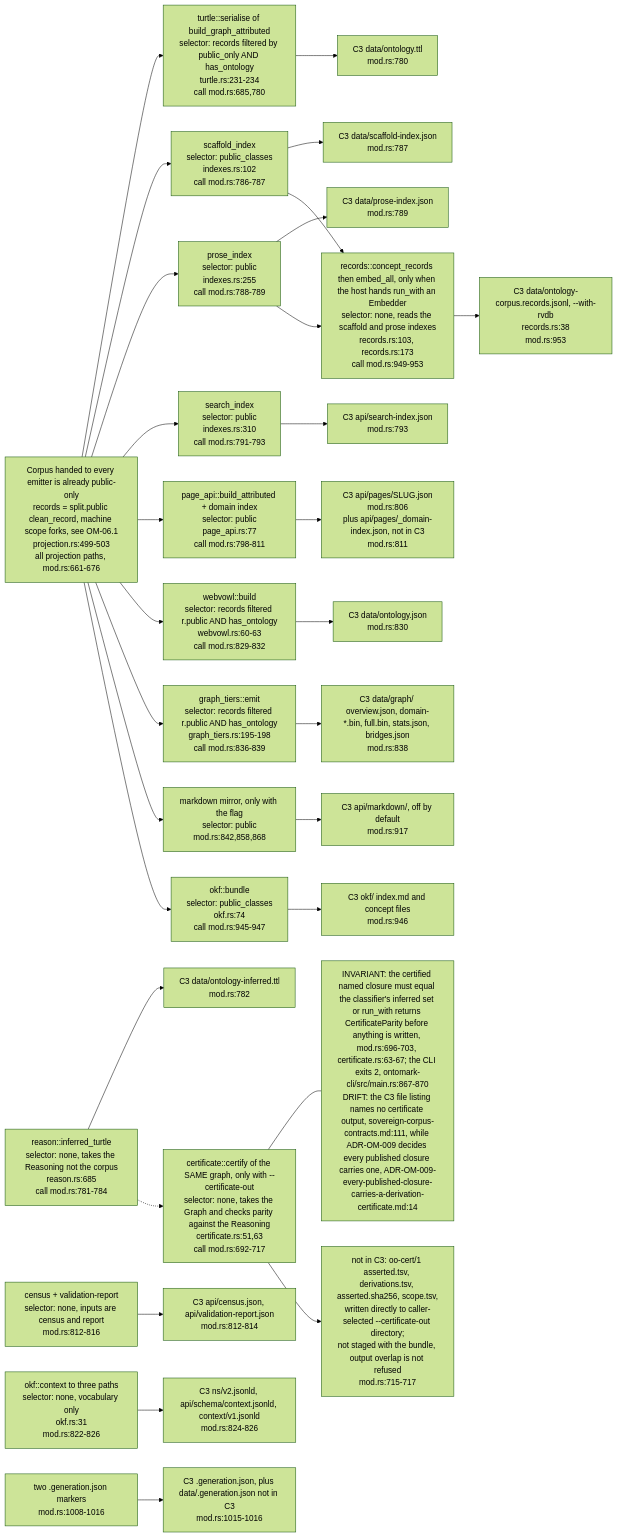
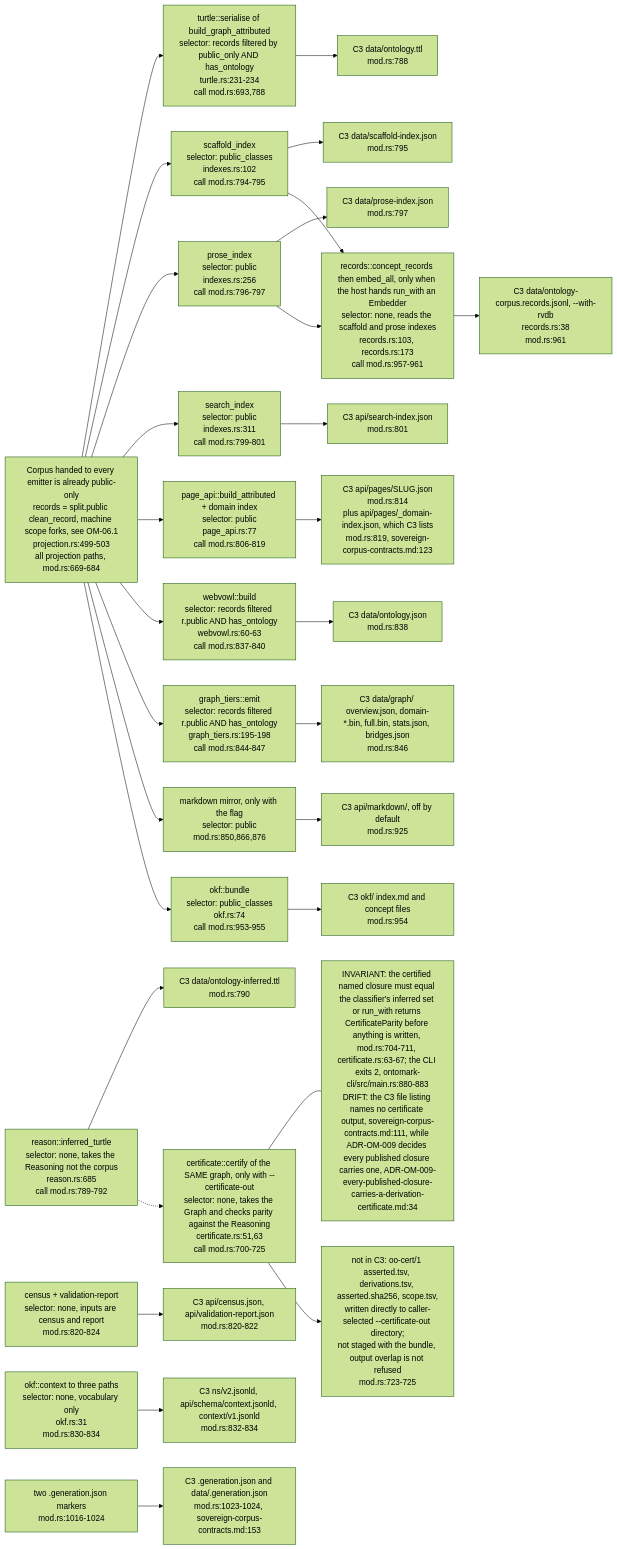
Before and after one commit to DreamLab-AI/VisionFlow: the first of 7 diagrams in docs/diagrams/ontomark/04-emitters-turtle-indexes-tiers-and-contract-c3.md, drawn with Mermaid (forest theme). The commit also changed other lines of this file and 91 other files, not shown here.

````diff
--- a/docs/diagrams/ontomark/04-emitters-turtle-indexes-tiers-and-contract-c3.md
+++ b/docs/diagrams/ontomark/04-emitters-turtle-indexes-tiers-and-contract-c3.md
@@ -34,40 +34,40 @@
 ```mermaid
 flowchart LR
-    PROJ["Corpus handed to every emitter is already public-only<br/>records = split.public clean_record, machine scope forks, see OM-06.1<br/>projection.rs:499-503<br/>all projection paths, mod.rs:661-676"]
-    TTL["turtle::serialise of build_graph_attributed<br/>selector: records filtered by public_only AND has_ontology<br/>turtle.rs:231-234<br/>call mod.rs:685,780"]
-    INF["reason::inferred_turtle<br/>selector: none, takes the Reasoning not the corpus<br/>reason.rs:685<br/>call mod.rs:781-784"]
-    SCA["scaffold_index<br/>selector: public_classes<br/>indexes.rs:102<br/>call mod.rs:786-787"]
-    PRO["prose_index<br/>selector: public<br/>indexes.rs:255<br/>call mod.rs:788-789"]
-    SRCH["search_index<br/>selector: public<br/>indexes.rs:310<br/>call mod.rs:791-793"]
-    PG["page_api::build_attributed + domain index<br/>selector: public<br/>page_api.rs:77<br/>call mod.rs:798-811"]
-    CEN["census + validation-report<br/>selector: none, inputs are census and report<br/>mod.rs:812-816"]
-    CTX["okf::context to three paths<br/>selector: none, vocabulary only<br/>okf.rs:31<br/>mod.rs:822-826"]
-    VOWL["webvowl::build<br/>selector: records filtered r.public AND has_ontology<br/>webvowl.rs:60-63<br/>call mod.rs:829-832"]
-    TIER["graph_tiers::emit<br/>selector: records filtered r.public AND has_ontology<br/>graph_tiers.rs:195-198<br/>call mod.rs:836-839"]
-    MIR["markdown mirror, only with the flag<br/>selector: public<br/>mod.rs:842,858,868"]
-    OKF["okf::bundle<br/>selector: public_classes<br/>okf.rs:74<br/>call mod.rs:945-947"]
-    GEN["two .generation.json markers<br/>mod.rs:1008-1016"]
-    CERT["certificate::certify of the SAME graph, only with --certificate-out<br/>selector: none, takes the Graph and checks parity against the Reasoning<br/>certificate.rs:51,63<br/>call mod.rs:692-717"]
+    PROJ["Corpus handed to every emitter is already public-only<br/>records = split.public clean_record, machine scope forks, see OM-06.1<br/>projection.rs:499-503<br/>all projection paths, mod.rs:669-684"]
+    TTL["turtle::serialise of build_graph_attributed<br/>selector: records filtered by public_only AND has_ontology<br/>turtle.rs:231-234<br/>call mod.rs:693,788"]
+    INF["reason::inferred_turtle<br/>selector: none, takes the Reasoning not the corpus<br/>reason.rs:685<br/>call mod.rs:789-792"]
+    SCA["scaffold_index<br/>selector: public_classes<br/>indexes.rs:102<br/>call mod.rs:794-795"]
+    PRO["prose_index<br/>selector: public<br/>indexes.rs:256<br/>call mod.rs:796-797"]
+    SRCH["search_index<br/>selector: public<br/>indexes.rs:311<br/>call mod.rs:799-801"]
+    PG["page_api::build_attributed + domain index<br/>selector: public<br/>page_api.rs:77<br/>call mod.rs:806-819"]
+    CEN["census + validation-report<br/>selector: none, inputs are census and report<br/>mod.rs:820-824"]
+    CTX["okf::context to three paths<br/>selector: none, vocabulary only<br/>okf.rs:31<br/>mod.rs:830-834"]
+    VOWL["webvowl::build<br/>selector: records filtered r.public AND has_ontology<br/>webvowl.rs:60-63<br/>call mod.rs:837-840"]
+    TIER["graph_tiers::emit<br/>selector: records filtered r.public AND has_ontology<br/>graph_tiers.rs:195-198<br/>call mod.rs:844-847"]
+    MIR["markdown mirror, only with the flag<br/>selector: public<br/>mod.rs:850,866,876"]
+    OKF["okf::bundle<br/>selector: public_classes<br/>okf.rs:74<br/>call mod.rs:953-955"]
+    GEN["two .generation.json markers<br/>mod.rs:1016-1024"]
+    CERT["certificate::certify of the SAME graph, only with --certificate-out<br/>selector: none, takes the Graph and checks parity against the Reasoning<br/>certificate.rs:51,63<br/>call mod.rs:700-725"]
     PROJ --> TTL & SCA & PRO & SRCH & PG & VOWL & TIER & MIR & OKF
-    TTL --> C1["C3 data/ontology.ttl<br/>mod.rs:780"]
-    INF --> C2["C3 data/ontology-inferred.ttl<br/>mod.rs:782"]
-    SCA --> C3["C3 data/scaffold-index.json<br/>mod.rs:787"]
-    PRO --> C4["C3 data/prose-index.json<br/>mod.rs:789"]
-    SRCH --> C5["C3 api/search-index.json<br/>mod.rs:793"]
-    PG --> C6["C3 api/pages/SLUG.json<br/>mod.rs:806<br/>plus api/pages/_domain-index.json, not in C3<br/>mod.rs:811"]
-    CEN --> C7["C3 api/census.json, api/validation-report.json<br/>mod.rs:812-814"]
-    CTX --> C8["C3 ns/v2.jsonld, api/schema/context.jsonld, context/v1.jsonld<br/>mod.rs:824-826"]
-    VOWL --> C9["C3 data/ontology.json<br/>mod.rs:830"]
-    TIER --> C10["C3 data/graph/ overview.json, domain-*.bin, full.bin, stats.json, bridges.json<br/>mod.rs:838"]
-    MIR --> C11["C3 api/markdown/, off by default<br/>mod.rs:917"]
-    OKF --> C12["C3 okf/ index.md and concept files<br/>mod.rs:946"]
-    GEN --> C13["C3 .generation.json, plus data/.generation.json not in C3<br/>mod.rs:1015-1016"]
+    TTL --> C1["C3 data/ontology.ttl<br/>mod.rs:788"]
+    INF --> C2["C3 data/ontology-inferred.ttl<br/>mod.rs:790"]
+    SCA --> C3["C3 data/scaffold-index.json<br/>mod.rs:795"]
+    PRO --> C4["C3 data/prose-index.json<br/>mod.rs:797"]
+    SRCH --> C5["C3 api/search-index.json<br/>mod.rs:801"]
+    PG --> C6["C3 api/pages/SLUG.json<br/>mod.rs:814<br/>plus api/pages/_domain-index.json, which C3 lists<br/>mod.rs:819, sovereign-corpus-contracts.md:123"]
+    CEN --> C7["C3 api/census.json, api/validation-report.json<br/>mod.rs:820-822"]
+    CTX --> C8["C3 ns/v2.jsonld, api/schema/context.jsonld, context/v1.jsonld<br/>mod.rs:832-834"]
+    VOWL --> C9["C3 data/ontology.json<br/>mod.rs:838"]
+    TIER --> C10["C3 data/graph/ overview.json, domain-*.bin, full.bin, stats.json, bridges.json<br/>mod.rs:846"]
+    MIR --> C11["C3 api/markdown/, off by default<br/>mod.rs:925"]
+    OKF --> C12["C3 okf/ index.md and concept files<br/>mod.rs:954"]
+    GEN --> C13["C3 .generation.json and data/.generation.json<br/>mod.rs:1023-1024, sovereign-corpus-contracts.md:153"]
     INF -.-> CERT
-    NC["INVARIANT: the certified named closure must equal the classifier's inferred set or run_with returns CertificateParity before anything is written, mod.rs:696-703, certificate.rs:63-67; the CLI exits 2, ontomark-cli/src/main.rs:867-870<br/>DRIFT: the C3 file listing names no certificate output, sovereign-corpus-contracts.md:111, while ADR-OM-009 decides every published closure carries one, ADR-OM-009-every-published-closure-carries-a-derivation-certificate.md:14"]
+    NC["INVARIANT: the certified named closure must equal the classifier's inferred set or run_with returns CertificateParity before anything is written, mod.rs:704-711, certificate.rs:63-67; the CLI exits 2, ontomark-cli/src/main.rs:880-883<br/>DRIFT: the C3 file listing names no certificate output, sovereign-corpus-contracts.md:111, while ADR-OM-009 decides every published closure carries one, ADR-OM-009-every-published-closure-carries-a-derivation-certificate.md:34"]
     CERT --- NC
-    CERT --> C15["not in C3: oo-cert/1 asserted.tsv, derivations.tsv, asserted.sha256, scope.tsv,<br/>written directly to caller-selected --certificate-out directory;<br/>not staged with the bundle, output overlap is not refused<br/>mod.rs:715-717"]
-    REC["records::concept_records then embed_all, only when the host hands run_with an Embedder<br/>selector: none, reads the scaffold and prose indexes<br/>records.rs:103, records.rs:173<br/>call mod.rs:949-953"]
+    CERT --> C15["not in C3: oo-cert/1 asserted.tsv, derivations.tsv, asserted.sha256, scope.tsv,<br/>written directly to caller-selected --certificate-out directory;<br/>not staged with the bundle, output overlap is not refused<br/>mod.rs:723-725"]
+    REC["records::concept_records then embed_all, only when the host hands run_with an Embedder<br/>selector: none, reads the scaffold and prose indexes<br/>records.rs:103, records.rs:173<br/>call mod.rs:957-961"]
     SCA --> REC
     PRO --> REC
-    REC --> C14["C3 data/ontology-corpus.records.jsonl, --with-rvdb<br/>records.rs:38<br/>mod.rs:953"]
+    REC --> C14["C3 data/ontology-corpus.records.jsonl, --with-rvdb<br/>records.rs:38<br/>mod.rs:961"]
 ```
````
